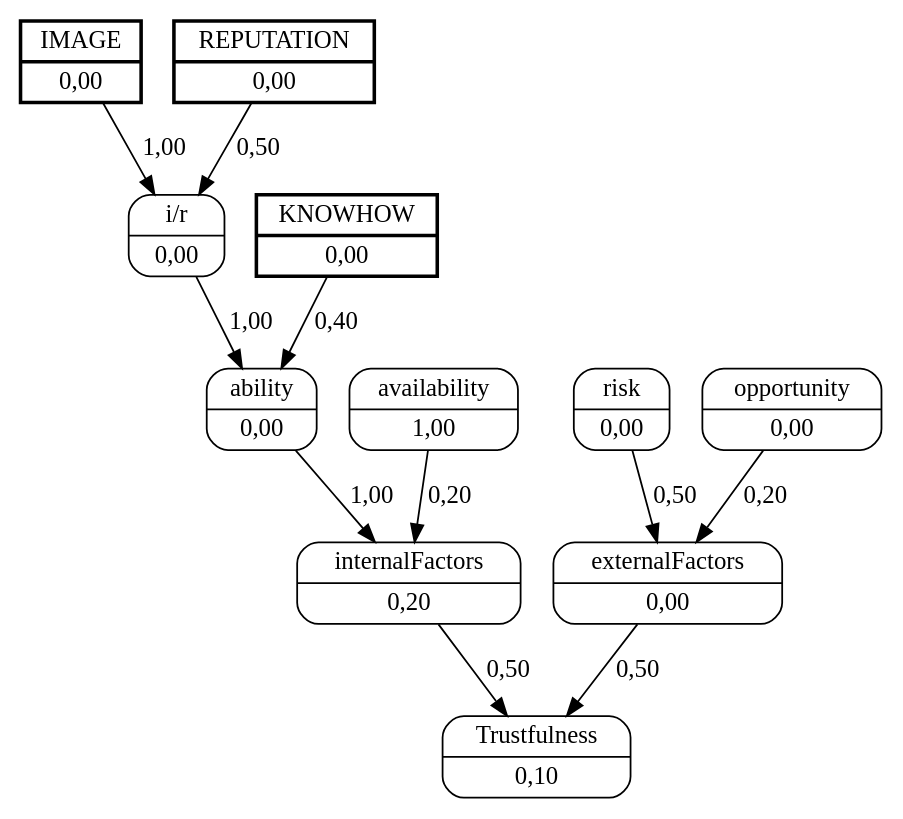
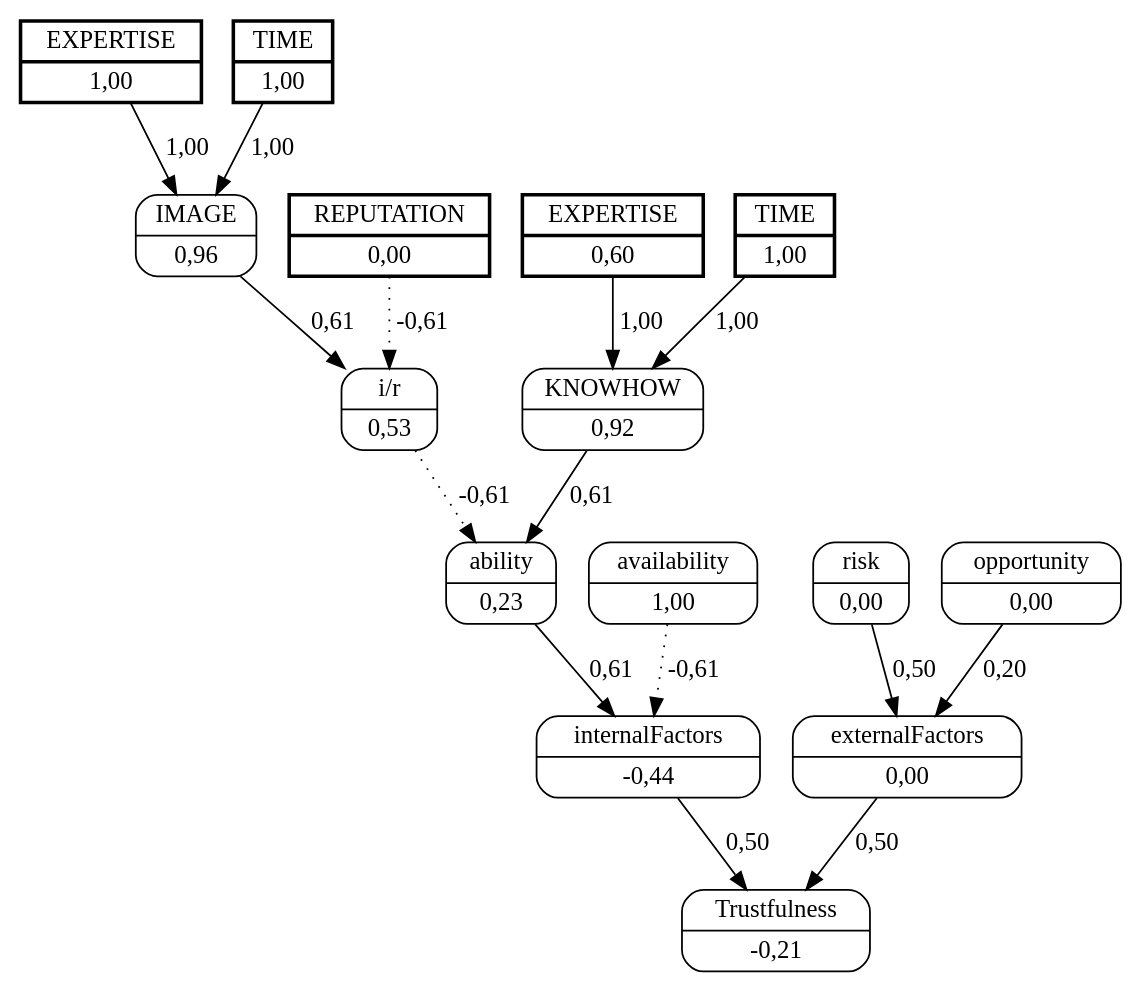
The diagram in unload_boxes/dots/truck_7worker_2.dot (jjbaqueta/unload_experiment), drawn with Graphviz before and after one commit. The commit also changed 77 other files, not shown here.

```diff
--- a/unload_boxes/dots/truck_7worker_2.dot
+++ b/unload_boxes/dots/truck_7worker_2.dot
@@ -1,25 +1,34 @@
 digraph FCM_net{
 	node [shape=record, style=rounded]
-	0 [label="{IMAGE | 0,00}", style=bold, penwidth=2, peripheries=2];
+	11 [label="{EXPERTISE | 1,00}", style=bold, penwidth=2, peripheries=2];
+	12 [label="{TIME | 1,00}", style=bold, penwidth=2, peripheries=2];
 	1 [label="{REPUTATION | 0,00}", style=bold, penwidth=2, peripheries=2];
-	2 [label="{KNOWHOW | 0,00}", style=bold, penwidth=2, peripheries=2];
-	0 [label="{IMAGE | 0,00}"];
-	3 [label="{i/r | 0,00}"];
-	4 [label="{ability | 0,00}"];
+	13 [label="{EXPERTISE | 0,60}", style=bold, penwidth=2, peripheries=2];
+	14 [label="{TIME | 1,00}", style=bold, penwidth=2, peripheries=2];
+	0 [label="{IMAGE | 0,96}"];
+	1 [label="{REPUTATION | 0,00}"];
+	2 [label="{KNOWHOW | 0,92}"];
+	3 [label="{i/r | 0,53}"];
+	4 [label="{ability | 0,23}"];
 	5 [label="{availability | 1,00}"];
-	6 [label="{internalFactors | 0,20}"];
+	6 [label="{internalFactors | -0,44}"];
 	7 [label="{risk | 0,00}"];
 	8 [label="{opportunity | 0,00}"];
 	9 [label="{externalFactors | 0,00}"];
-	10 [label="{Trustfulness | 0,10}"];
-	0 -> 3 [label = "1,00"];
-	1 -> 3 [label = "0,50"];
-	3 -> 4 [label = "1,00"];
-	2 -> 4 [label = "0,40"];
-	4 -> 6 [label = "1,00"];
-	5 -> 6 [label = "0,20"];
+	10 [label="{Trustfulness | -0,21}"];
+	11 [label="{EXPERTISE | 1,00}"];
+	0 -> 3 [label = "0,61"];
+	1 -> 3 [label = "-0,61", style=dotted];
+	3 -> 4 [label = "-0,61", style=dotted];
+	2 -> 4 [label = "0,61"];
+	4 -> 6 [label = "0,61"];
+	5 -> 6 [label = "-0,61", style=dotted];
 	6 -> 10 [label = "0,50"];
 	7 -> 9 [label = "0,50"];
 	8 -> 9 [label = "0,20"];
 	9 -> 10 [label = "0,50"];
+	11 -> 0 [label = "1,00"];
+	12 -> 0 [label = "1,00"];
+	13 -> 2 [label = "1,00"];
+	14 -> 2 [label = "1,00"];
 }
```
